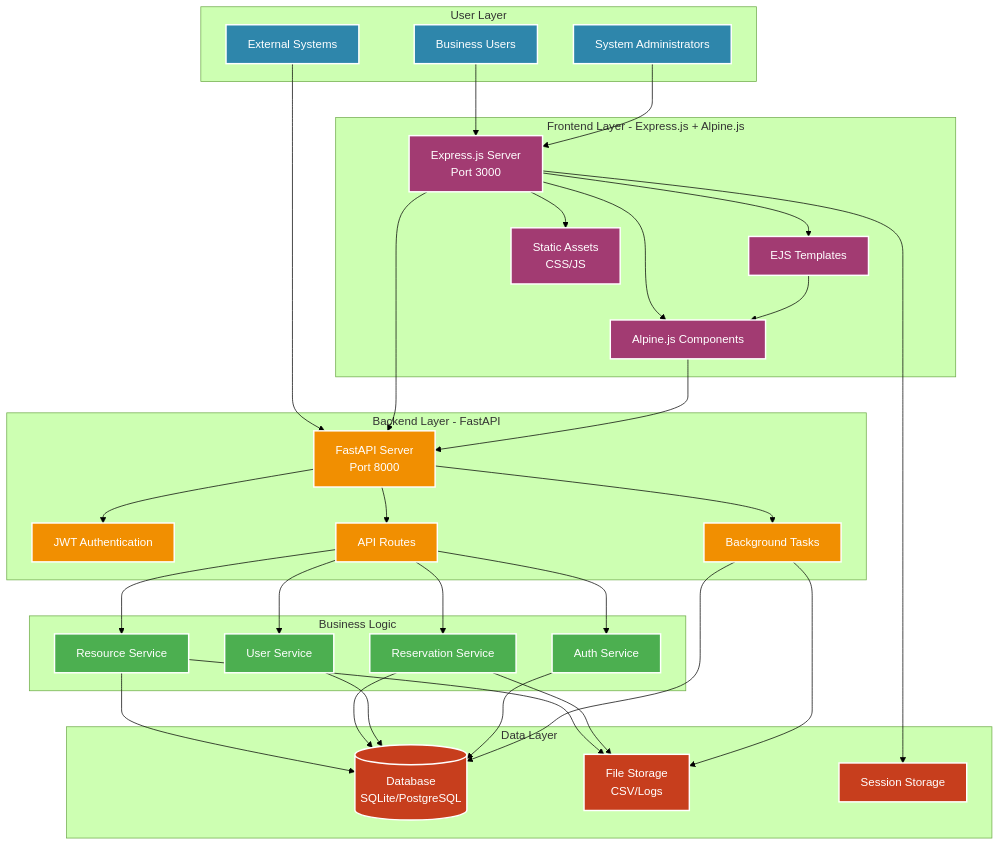
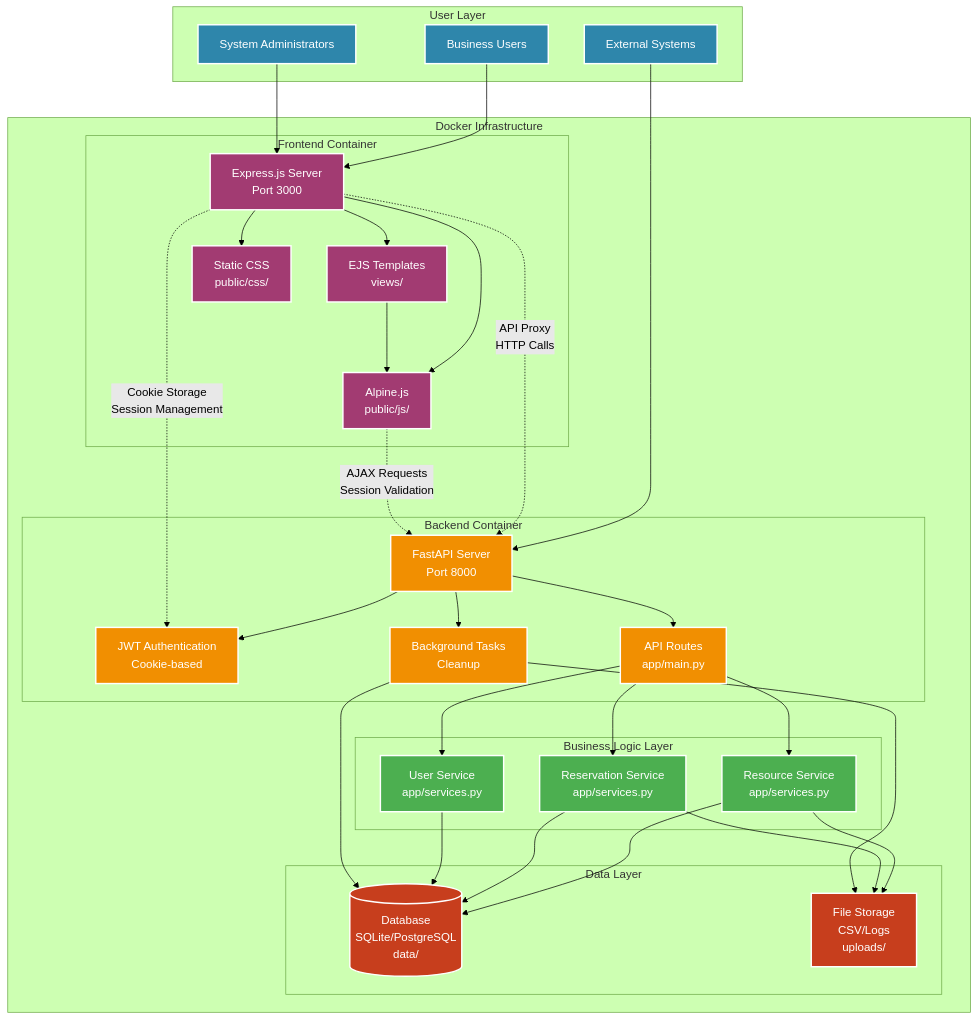
One commit to sylvester-francis/Resource-Reserver changed the diagram in README.md. Above: the diagram before and after it, drawn with Mermaid (forest theme). The commit also changed other lines of this file and 2 other files, not shown here.

Commit message:
Clean up unnecessary directories and update architecture documentation
Directory Cleanup:
- Removed .vite/ directory (not needed for Express.js + Alpine.js architecture)
- Cleaned up legacy TypeScript/Vite build artifacts
- Project now only contains necessary directories for current architecture

Documentation Updates:
- Updated Mermaid diagram to show Docker container architecture
- Added detailed Docker Infrastructure subgraphs showing Frontend/Backend containers
- Improved system overview with actual directory structure and file paths
- Enhanced project structure section with comprehensive file descriptions
- Updated connections to show API proxy pattern and session management
- Added proper styling for container vs service vs data layer distinction

The architecture diagram now accurately reflects:
- Separated Docker containers for frontend and backend
- Express.js server-side rendering with Alpine.js reactivity
- API proxy pattern for frontend-backend communication
- Cookie-based session management
- Actual file structure and directory organization

````diff
--- a/README.md
+++ b/README.md
@@ -52,31 +52,31 @@
         U3[External Systems]
     end
     
-    subgraph "Frontend Layer - Express.js + Alpine.js"
-        WEB[Express.js Server<br/>Port 3000]
-        EJS[EJS Templates]
-        ALPINE[Alpine.js Components]
-        STATIC[Static Assets<br/>CSS/JS]
-    end
-    
-    subgraph "Backend Layer - FastAPI"
-        API[FastAPI Server<br/>Port 8000]
-        AUTH[JWT Authentication]
-        ROUTES[API Routes]
-        BG[Background Tasks]
-    end
-    
-    subgraph "Business Logic"
-        RS[Resource Service]
-        ReS[Reservation Service]
-        US[User Service]
-        AS[Auth Service]
-    end
-    
-    subgraph "Data Layer"
-        DB[(Database<br/>SQLite/PostgreSQL)]
-        FS[File Storage<br/>CSV/Logs]
-        CACHE[Session Storage]
+    subgraph "Docker Infrastructure"
+        subgraph "Frontend Container"
+            WEB[Express.js Server<br/>Port 3000]
+            EJS[EJS Templates<br/>views/]
+            ALPINE[Alpine.js<br/>public/js/]
+            CSS[Static CSS<br/>public/css/]
+        end
+        
+        subgraph "Backend Container"
+            API[FastAPI Server<br/>Port 8000]
+            AUTH[JWT Authentication<br/>Cookie-based]
+            ROUTES[API Routes<br/>app/main.py]
+            BG[Background Tasks<br/>Cleanup]
+        end
+        
+        subgraph "Business Logic Layer"
+            RS[Resource Service<br/>app/services.py]
+            ReS[Reservation Service<br/>app/services.py]
+            US[User Service<br/>app/services.py]
+        end
+        
+        subgraph "Data Layer"
+            DB[(Database<br/>SQLite/PostgreSQL<br/>data/)]
+            FS[File Storage<br/>CSV/Logs<br/>uploads/]
+        end
     end
     
     %% User connections
@@ -87,12 +87,12 @@
     %% Frontend architecture
     WEB --> EJS
     WEB --> ALPINE
-    WEB --> STATIC
+    WEB --> CSS
     EJS --> ALPINE
     
-    %% Frontend to Backend
-    WEB --> API
-    ALPINE --> API
+    %% Frontend to Backend communication
+    WEB -.->|API Proxy<br/>HTTP Calls| API
+    ALPINE -.->|AJAX Requests<br/>Session Validation| API
     
     %% Backend internal
     API --> AUTH
@@ -101,32 +101,32 @@
     ROUTES --> RS
     ROUTES --> ReS
     ROUTES --> US
-    ROUTES --> AS
     
     %% Services to data
     RS --> DB
     ReS --> DB
     US --> DB
-    AS --> DB
     
     RS --> FS
     ReS --> FS
-    WEB --> CACHE
     
     %% Background services
     BG --> DB
     BG --> FS
     
+    %% Session management
+    WEB -.->|Cookie Storage<br/>Session Management| AUTH
+    
     %% Styling
     classDef userClass fill:#2E86AB,stroke:#fff,stroke-width:2px,color:#fff
-    classDef frontendClass fill:#A23B72,stroke:#fff,stroke-width:2px,color:#fff
+    classDef containerClass fill:#A23B72,stroke:#fff,stroke-width:2px,color:#fff
     classDef backendClass fill:#F18F01,stroke:#fff,stroke-width:2px,color:#fff
     classDef serviceClass fill:#4CAF50,stroke:#fff,stroke-width:2px,color:#fff
     classDef dataClass fill:#C73E1D,stroke:#fff,stroke-width:2px,color:#fff
     
     class U1,U2,U3 userClass
-    class WEB,EJS,ALPINE,STATIC frontendClass
+    class WEB,EJS,ALPINE,CSS containerClass
     class API,AUTH,ROUTES,BG backendClass
-    class RS,ReS,US,AS serviceClass
-    class DB,FS,CACHE dataClass
+    class RS,ReS,US serviceClass
+    class DB,FS dataClass
 ```
````
